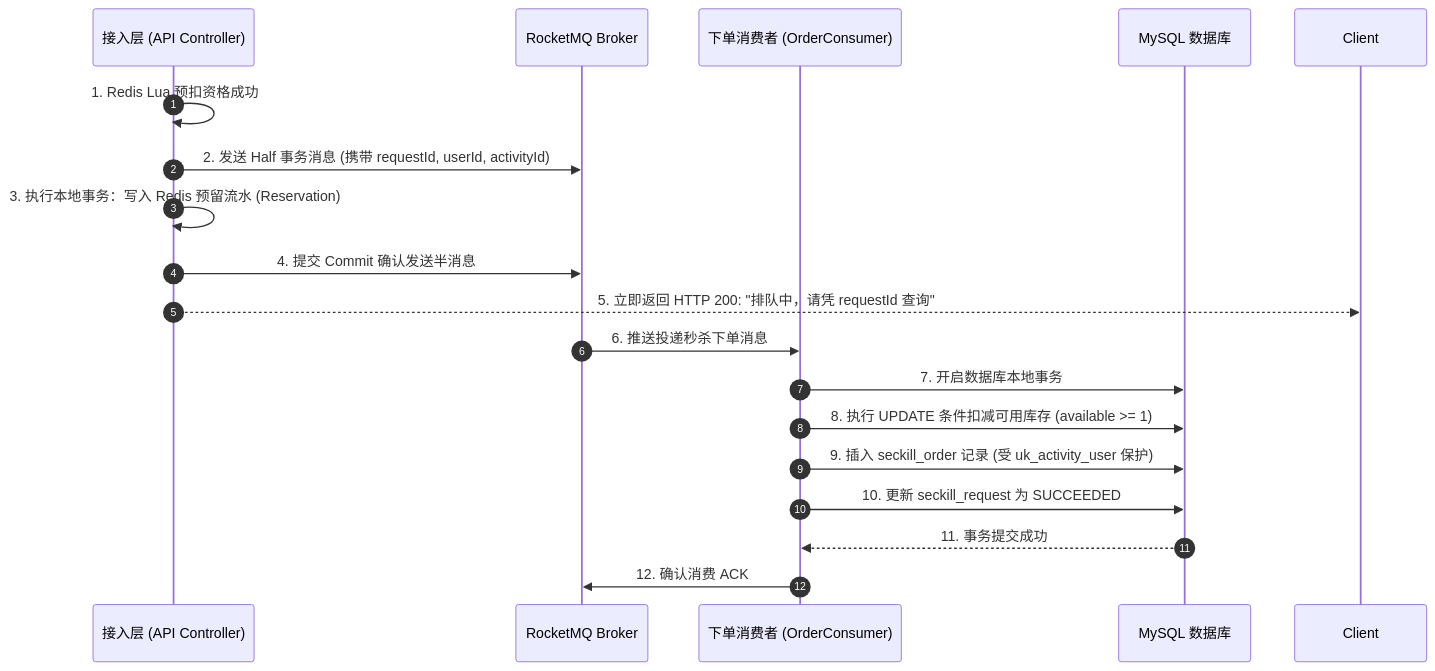
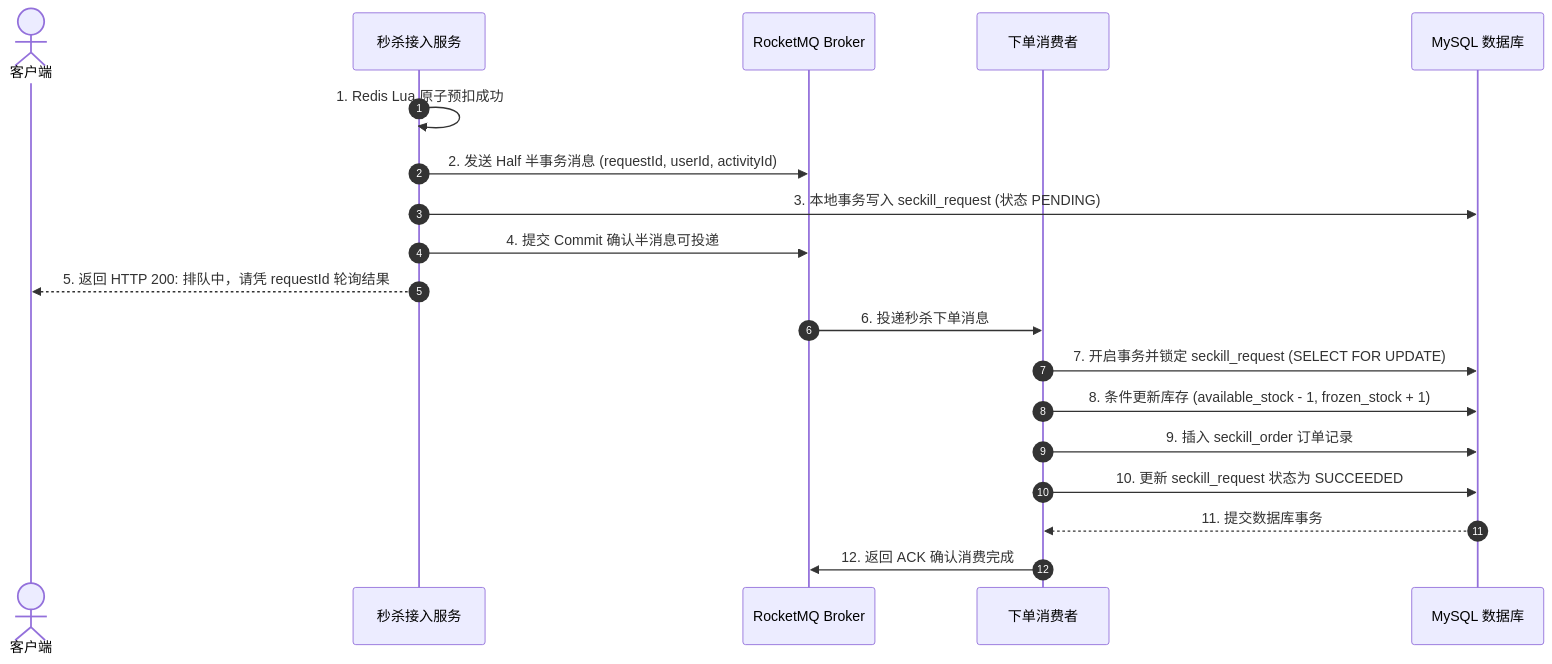
The second of 3 diagrams in 20-Java后端/09-项目实战/01-项目-高并发秒杀系统.md (GuoWWWX/knowledge-base), drawn with Mermaid before and after one commit. The commit also changed other lines of this file and 251 other files, not shown here.

````diff
--- a/20-Java后端/09-项目实战/01-项目-高并发秒杀系统.md
+++ b/20-Java后端/09-项目实战/01-项目-高并发秒杀系统.md
@@ -182,22 +221,23 @@
 ```mermaid
 sequenceDiagram
     autonumber
-    participant App as 接入层 (API Controller)
+    actor Client as 客户端
+    participant App as 秒杀接入服务
     participant MQ as RocketMQ Broker
-    participant Consumer as 下单消费者 (OrderConsumer)
+    participant Consumer as 下单消费者
     participant DB as MySQL 数据库
 
-    App->>App: 1. Redis Lua 预扣资格成功
-    App->>MQ: 2. 发送 Half 事务消息 (携带 requestId, userId, activityId)
-    App->>App: 3. 执行本地事务：写入 Redis 预留流水 (Reservation)
-    App->>MQ: 4. 提交 Commit 确认发送半消息
-    App-->>Client: 5. 立即返回 HTTP 200: "排队中，请凭 requestId 查询"
+    App->>App: 1. Redis Lua 原子预扣成功
+    App->>MQ: 2. 发送 Half 半事务消息 (requestId, userId, activityId)
+    App->>DB: 3. 本地事务写入 seckill_request (状态 PENDING)
+    App->>MQ: 4. 提交 Commit 确认半消息可投递
+    App-->>Client: 5. 返回 HTTP 200: 排队中，请凭 requestId 轮询结果
 
-    MQ->>Consumer: 6. 推送投递秒杀下单消息
-    Consumer->>DB: 7. 开启数据库本地事务
-    Consumer->>DB: 8. 执行 UPDATE 条件扣减可用库存 (available >= 1)
-    Consumer->>DB: 9. 插入 seckill_order 记录 (受 uk_activity_user 保护)
-    Consumer->>DB: 10. 更新 seckill_request 为 SUCCEEDED
-    DB-->>Consumer: 11. 事务提交成功
-    Consumer->>MQ: 12. 确认消费 ACK
+    MQ->>Consumer: 6. 投递秒杀下单消息
+    Consumer->>DB: 7. 开启事务并锁定 seckill_request (SELECT FOR UPDATE)
+    Consumer->>DB: 8. 条件更新库存 (available_stock - 1, frozen_stock + 1)
+    Consumer->>DB: 9. 插入 seckill_order 订单记录
+    Consumer->>DB: 10. 更新 seckill_request 状态为 SUCCEEDED
+    DB-->>Consumer: 11. 提交数据库事务
+    Consumer->>MQ: 12. 返回 ACK 确认消费完成
 ```
````
